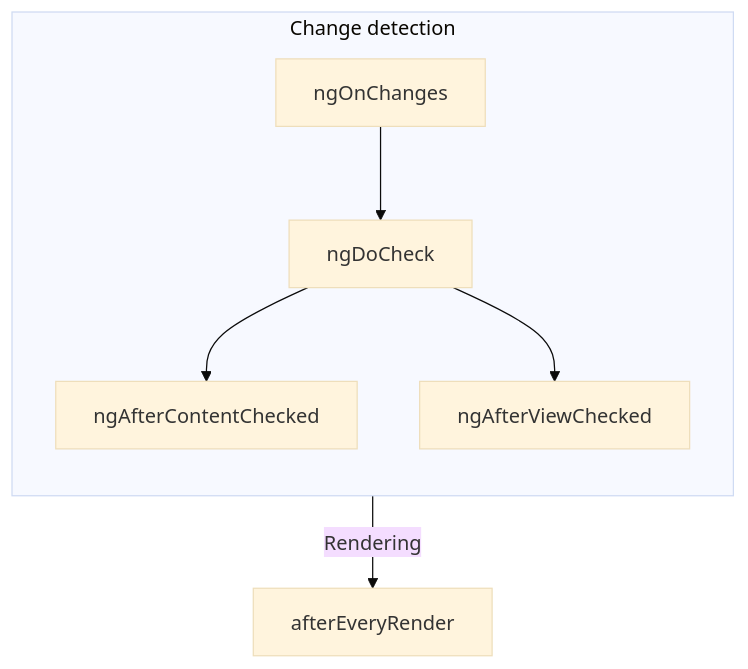
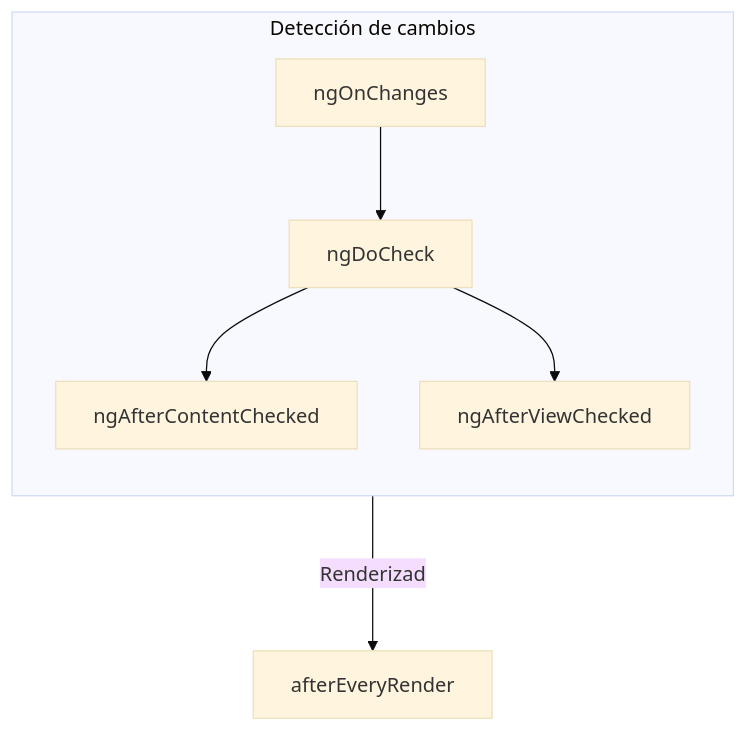
Before and after one commit to angular-hispano/angular-docs-es: the second of 2 diagrams in adev-es/src/content/guide/components/lifecycle.md, drawn with Mermaid (base theme). The commit also changed other lines of this file and 27 other files, not shown here.

````diff
--- a/adev-es/src/content/guide/components/lifecycle.md
+++ b/adev-es/src/content/guide/components/lifecycle.md
@@ -342,10 +342,10 @@
 ```mermaid
 graph TD;
-subgraph CHANGE [Change detection]
+subgraph CHANGE [Detección de cambios]
 direction TB
 ngOnChanges-->ngDoCheck
 ngDoCheck-->ngAfterContentChecked;
 ngDoCheck-->ngAfterViewChecked
 end
-CHANGE--Rendering-->afterEveryRender
+CHANGE--Renderizado-->afterEveryRender
 ```
````
